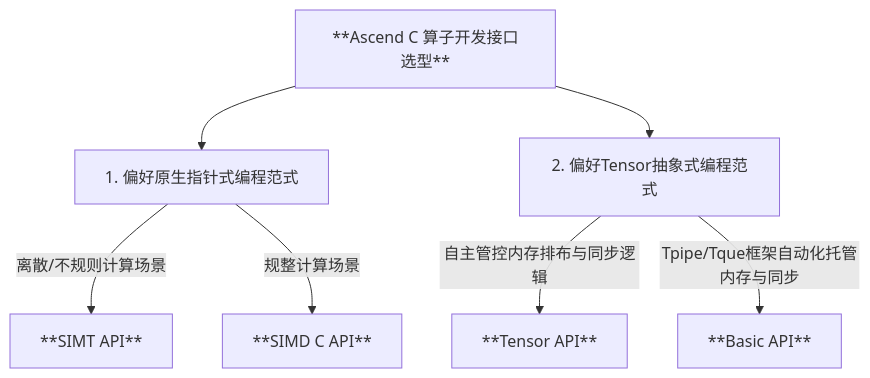
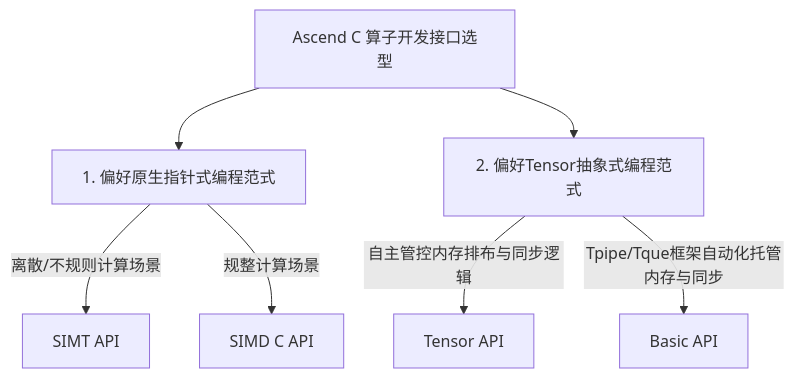
One commit to qingshangyan12/asc-devkit_clone changed the diagram in docs/zh/asc_how_to_choose_api.md. Above: the diagram before and after it, drawn with Mermaid.

Commit message:
update ascendc api description

````diff
--- a/docs/zh/asc_how_to_choose_api.md
+++ b/docs/zh/asc_how_to_choose_api.md
@@ -39,9 +39,9 @@
 ```mermaid
 graph TD
-    A[**Ascend C 算子开发接口选型**] --> B[1. 偏好原生指针式编程范式]
+    A[Ascend C 算子开发接口选型] --> B[1. 偏好原生指针式编程范式]
     A --> C[2. 偏好Tensor抽象式编程范式]
-    B -->|离散/不规则计算场景| E[**SIMT API**]
-    B -->|规整计算场景| F[**SIMD C API**]
-    C -->|自主管控内存排布与同步逻辑| G[**Tensor API**]
-    C -->|Tpipe/Tque框架自动化托管内存与同步| H[**Basic API**]
+    B -->|离散/不规则计算场景| E[SIMT API]
+    B -->|规整计算场景| F[SIMD C API]
+    C -->|自主管控内存排布与同步逻辑| G[Tensor API]
+    C -->|Tpipe/Tque框架自动化托管内存与同步| H[Basic API]
 ```
````
